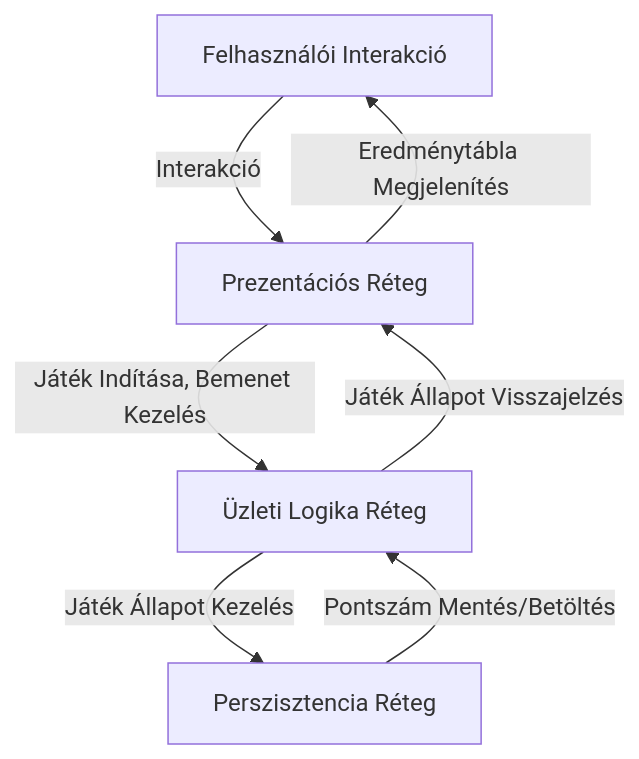
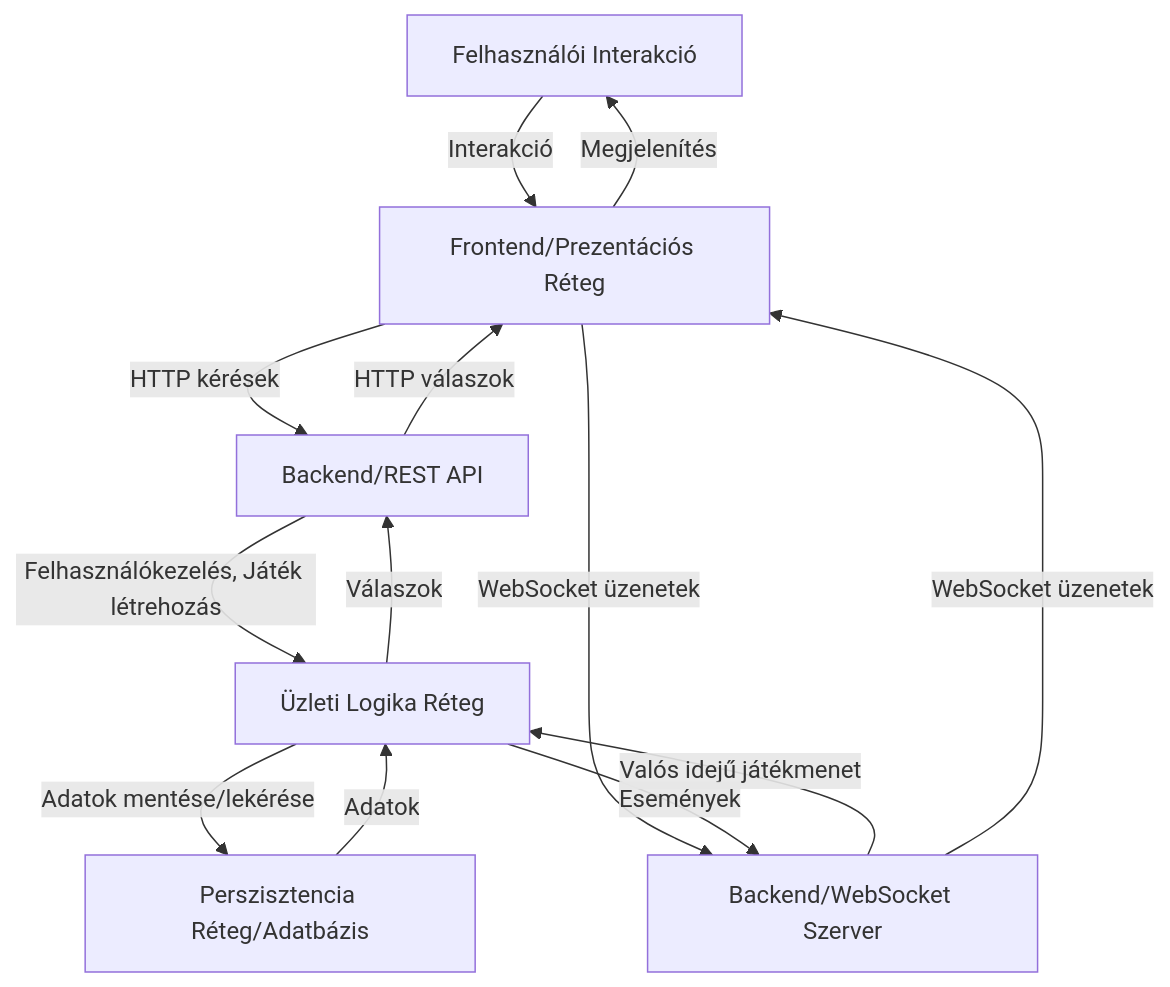
One commit to GitDevla/infinite-simon changed the second of 6 diagrams in docs/system-design.md. Above: the diagram before and after it, drawn with Mermaid. The commit also changed other lines of this file and 2 other files, not shown here.

````diff
--- a/docs/system-design.md
+++ b/docs/system-design.md
@@ -103,9 +102,15 @@
 ```mermaid
 graph TD
-    A[Felhasználói Interakció] -->|Interakció| B[Prezentációs Réteg]
-    B -->|Játék Indítása, Bemenet Kezelés| C[Üzleti Logika Réteg]
-    C -->|Játék Állapot Kezelés| D[Perszisztencia Réteg]
-    D -->|Pontszám Mentés/Betöltés| C
-    C -->|Játék Állapot Visszajelzés| B
-    B -->|Eredménytábla Megjelenítés| A
+    A[Felhasználói Interakció] -->|Interakció| B[Frontend/Prezentációs Réteg]
+    B -->|HTTP kérések| C[Backend/REST API]
+    B -->|WebSocket üzenetek| D[Backend/WebSocket Szerver]
+    C -->|Felhasználókezelés, Játék létrehozás| E[Üzleti Logika Réteg]
+    D -->|Valós idejű játékmenet| E
+    E -->|Adatok mentése/lekérése| F[Perszisztencia Réteg/Adatbázis]
+    F -->|Adatok| E
+    E -->|Válaszok| C
+    E -->|Események| D
+    C -->|HTTP válaszok| B
+    D -->|WebSocket üzenetek| B
+    B -->|Megjelenítés| A
 ```
````
